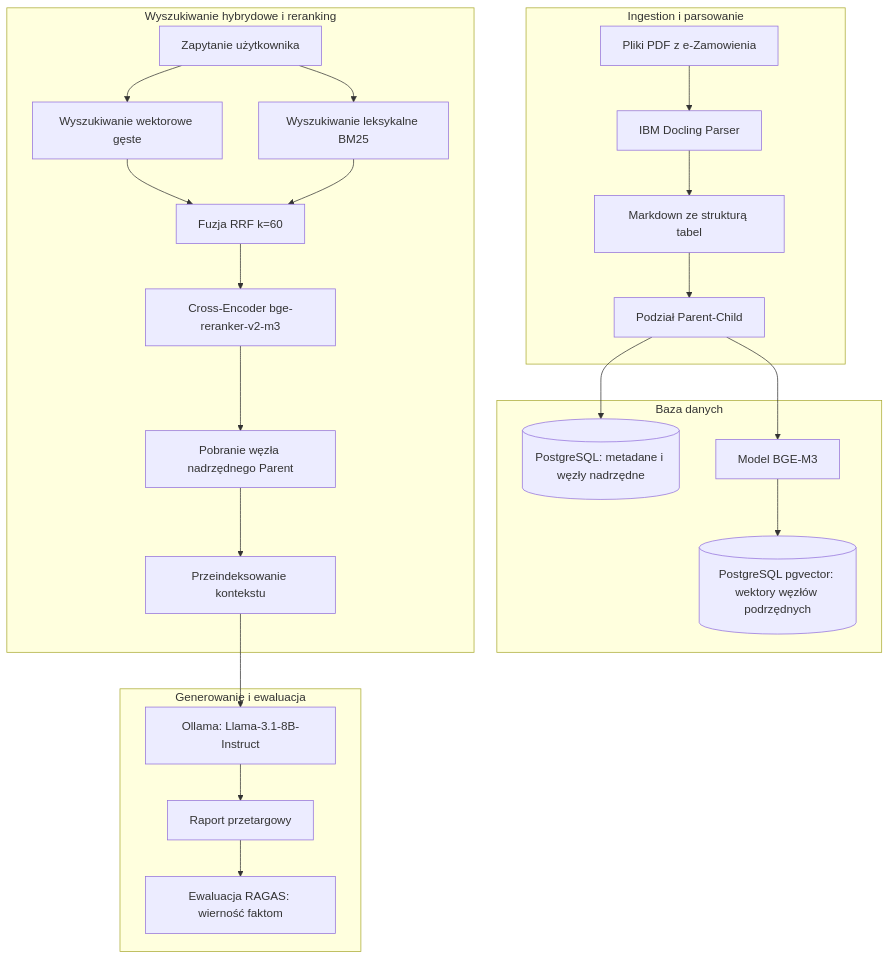
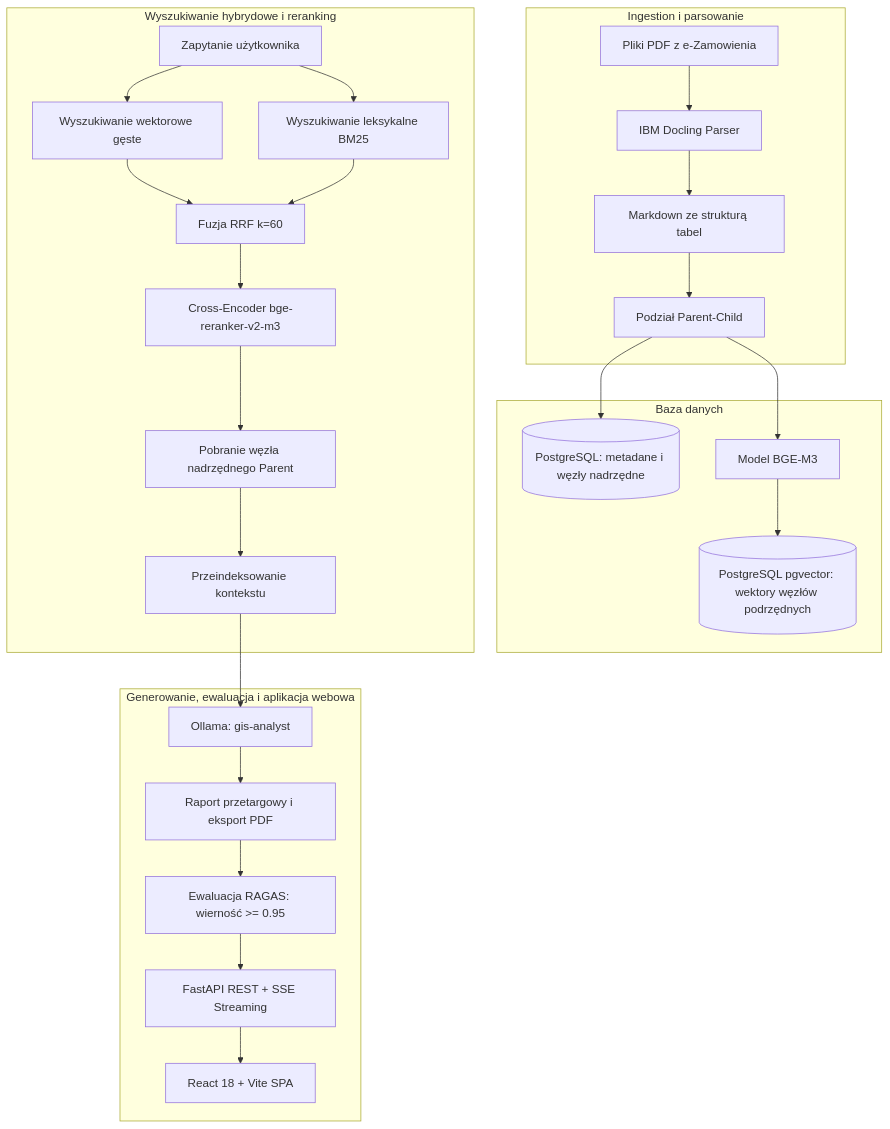
The diagram in README.md (kacperszczudlo/GisMarketIntelligenceAi), drawn with Mermaid before and after one commit. The commit also changed other lines of this file and 3 other files, not shown here.

Commit message:
docs: update README and architecture/setup docs for FastAPI and React SPA

````diff
--- a/README.md
+++ b/README.md
@@ -31,30 +31,32 @@
 ```mermaid
 flowchart TD
     subgraph Ingestion [Ingestion i parsowanie]
         A[Pliki PDF z e-Zamowienia] --> B[IBM Docling Parser]
         B --> C[Markdown ze strukturą tabel]
         C --> D[Podział Parent-Child]
     end
 
     subgraph Storage [Baza danych]
         D --> E[(PostgreSQL: metadane i węzły nadrzędne)]
         D --> F[Model BGE-M3]
         F --> G[(PostgreSQL pgvector: wektory węzłów podrzędnych)]
     end
 
     subgraph Retrieval [Wyszukiwanie hybrydowe i reranking]
         H[Zapytanie użytkownika] --> I[Wyszukiwanie wektorowe gęste]
         H --> J[Wyszukiwanie leksykalne BM25]
         I --> K[Fuzja RRF k=60]
         J --> K
         K --> L[Cross-Encoder bge-reranker-v2-m3]
         L --> M[Pobranie węzła nadrzędnego Parent]
         M --> N[Przeindeksowanie kontekstu]
     end
 
-    subgraph Generation [Generowanie i ewaluacja]
-        N --> O[Ollama: Llama-3.1-8B-Instruct]
-        O --> P[Raport przetargowy]
-        P --> Q[Ewaluacja RAGAS: wierność faktom]
+    subgraph Generation [Generowanie, ewaluacja i aplikacja webowa]
+        N --> O[Ollama: gis-analyst]
+        O --> P[Raport przetargowy i eksport PDF]
+        P --> Q[Ewaluacja RAGAS: wierność >= 0.95]
+        Q --> R[FastAPI REST + SSE Streaming]
+        R --> S[React 18 + Vite SPA]
     end
 ```
````
